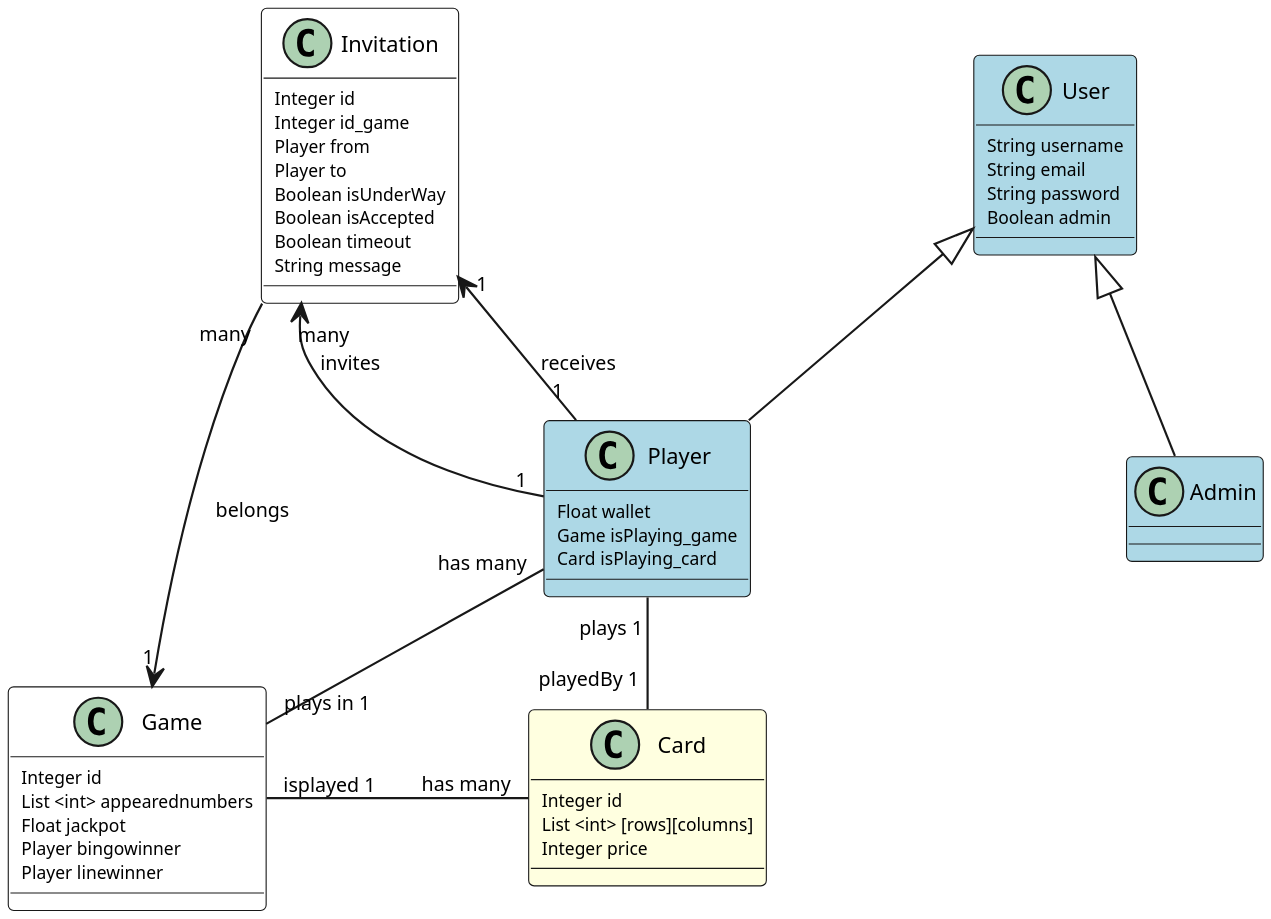
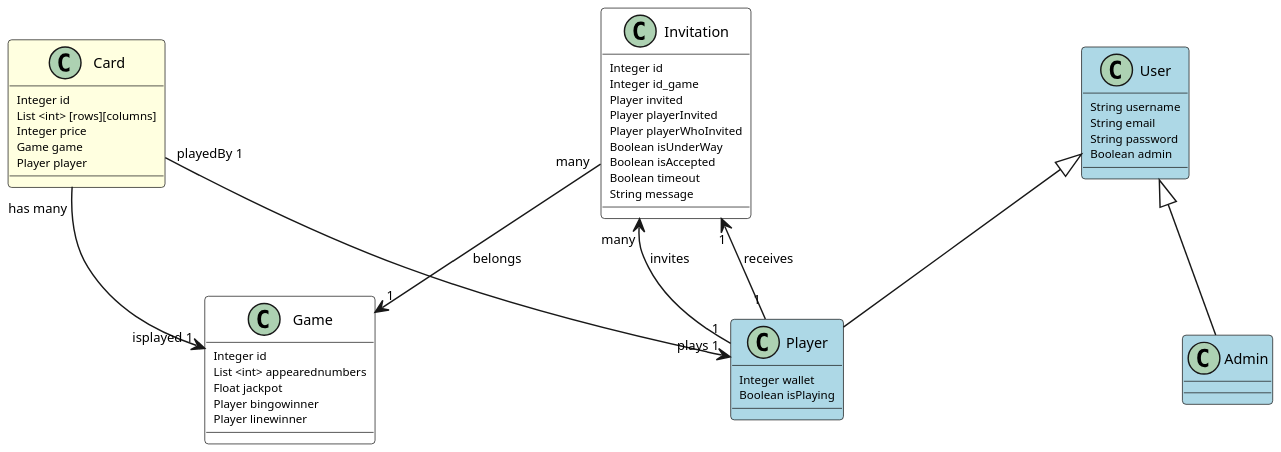
One commit to UdL-EPS-SoftArch/webingo-geiade-api changed the diagram in uml.puml. Above: the diagram before and after it, drawn with PlantUML.

Commit message:
still missing game

```diff
--- a/uml.puml
+++ b/uml.puml
@@ -1,65 +1,67 @@
 @startuml
 scale 800*800
 skinparam dpi 200
 skinparam classAttributeFontSize 8
 skinparam classArrowFontSize 9
 skinparam classFontSize 10
 skinparam nodesep 120
 skinparam ranksep 40
 hide stereotype
 skinparam class {
 	BackgroundColor White
 	BackgroundColor<<User>> LightBlue
 	BackgroundColor<<Card>> LightYellow
 }
 
 class Card <<Card>> {
     Integer id
     List <int> [rows][columns]
     Integer price
+    Game game
+    Player player
 }
 
 class Invitation <<Invitation>> {
     Integer id
     Integer id_game
-    Player from
-    Player to
+    Player invited
+    Player playerInvited
+    Player playerWhoInvited
     Boolean isUnderWay
     Boolean isAccepted
     Boolean timeout
     String message
 }
 
 class Game <<Game>> {
     Integer id
     List <int> appearednumbers
     Float jackpot
     Player bingowinner
     Player linewinner
 }
-Card "has many" -left- "isplayed 1" Game
+Card "has many" --> "isplayed 1" Game
 
 class User <<User>> {
     String username
     String email
     String password
     Boolean admin
 
 }
 
 class Player <<User>> extends User {
-    Float wallet
-    Game isPlaying_game
-    Card isPlaying_card
+    Integer wallet
+    Boolean isPlaying
+
 }
-Card "playedBy 1" -- "plays 1" Player
-Game "plays in 1" -up- "has many" Player
+Card "playedBy 1" --> "plays 1" Player
 Invitation "many" <-- "1" Player : invites
 Invitation "1" <-- "1" Player : receives
 Invitation "many" --> "1" Game : belongs
 
 
 class Admin <<User>> extends User {
 
 }
 @enduml
```
